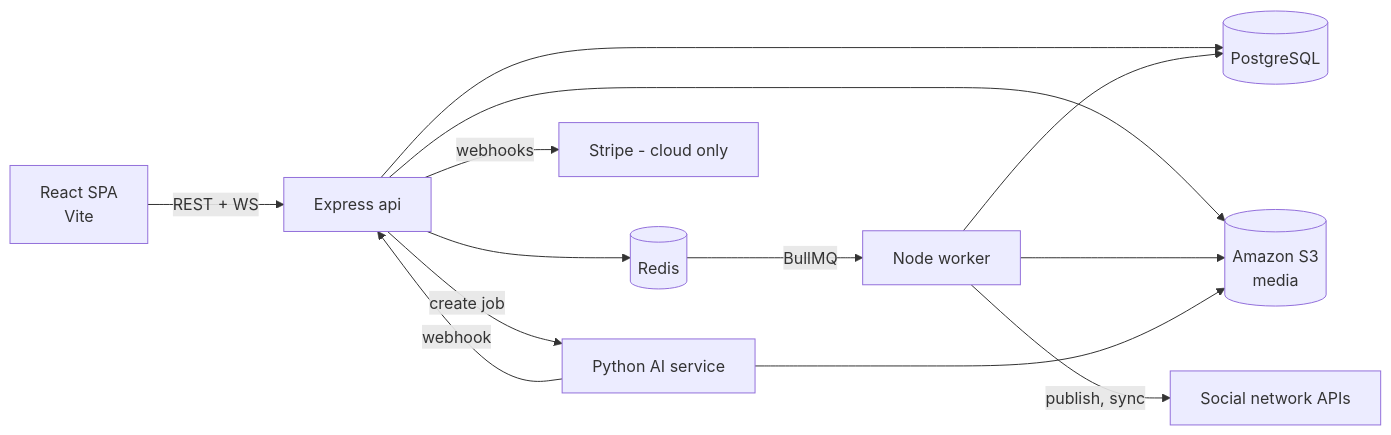
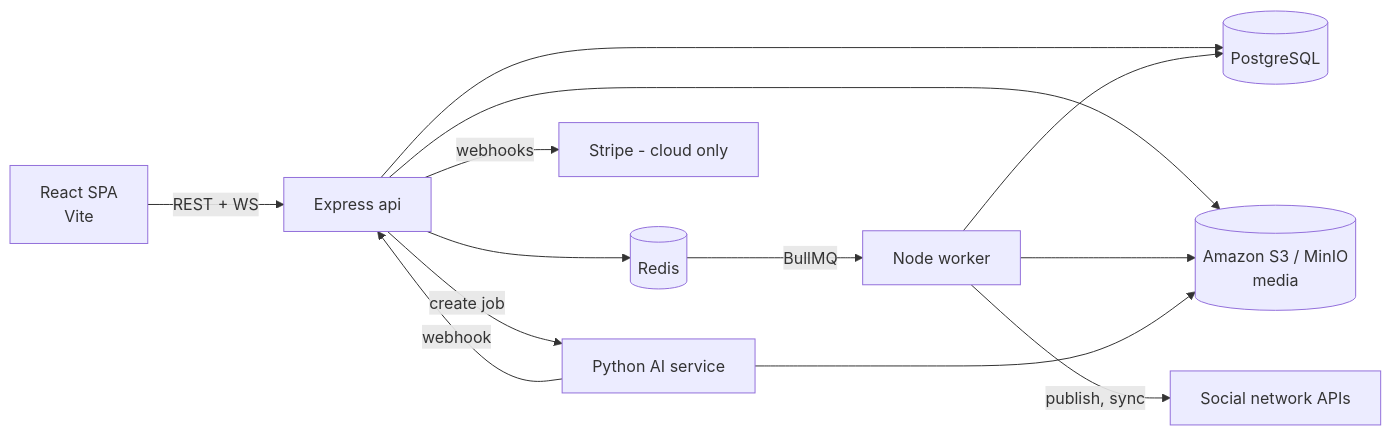
One commit to socioboard/Socioboard-5.0 changed the first of 3 diagrams in docs/architecture.md. Above: the diagram before and after it, drawn with Mermaid. The commit also changed other lines of this file and 8 other files, not shown here.

````diff
--- a/docs/architecture.md
+++ b/docs/architecture.md
@@ -93,15 +93,15 @@
 ```mermaid
 flowchart LR
   web[React SPA<br/>Vite] -->|REST + WS| api[Express api]
   api --> pg[(PostgreSQL)]
   api --> redis[(Redis)]
-  api --> s3[(Amazon S3<br/>media)]
+  api --> s3[(Amazon S3 / MinIO<br/>media)]
   redis -->|BullMQ| worker[Node worker]
   worker --> pg
   worker --> s3
   worker -->|publish, sync| social[Social network APIs]
   api -->|create job| ai[Python AI service]
   ai -->|webhook| api
   ai --> s3
   api -->|webhooks| stripe[Stripe - cloud only]
 ```
````
